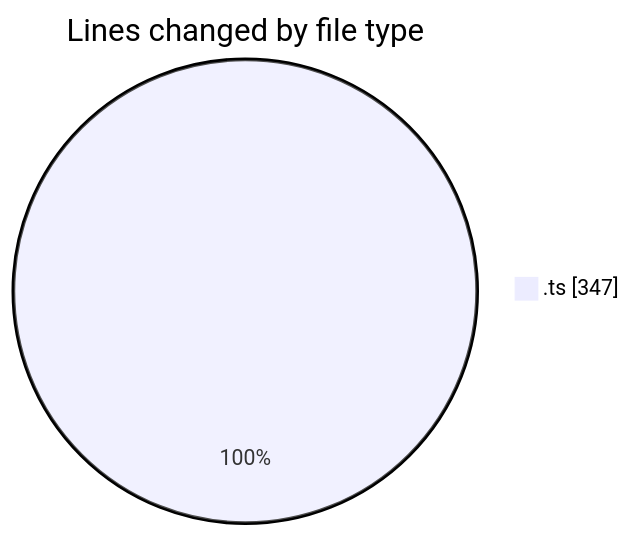
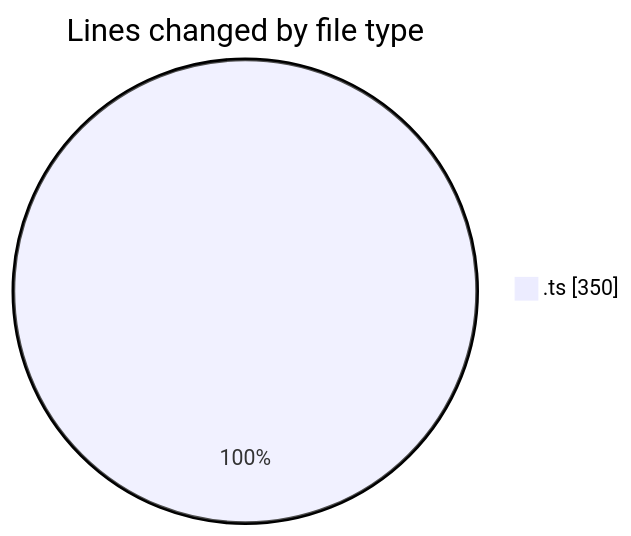
The first of 2 diagrams in 2025-08-07/cda/README.md (momahboobian/code-tracking), drawn with Mermaid before and after one commit. The commit also changed other lines of this file and 1 other file, not shown here.

````diff
--- a/2025-08-07/cda/README.md
+++ b/2025-08-07/cda/README.md
@@ -20,5 +20,5 @@
 ```mermaid
 pie showData
 title Lines changed by file type
-".ts" : 347
+".ts" : 350
 ```
````
